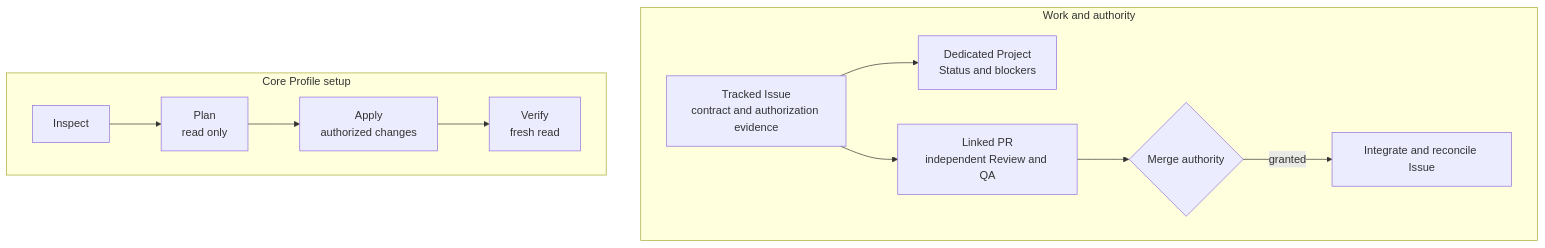
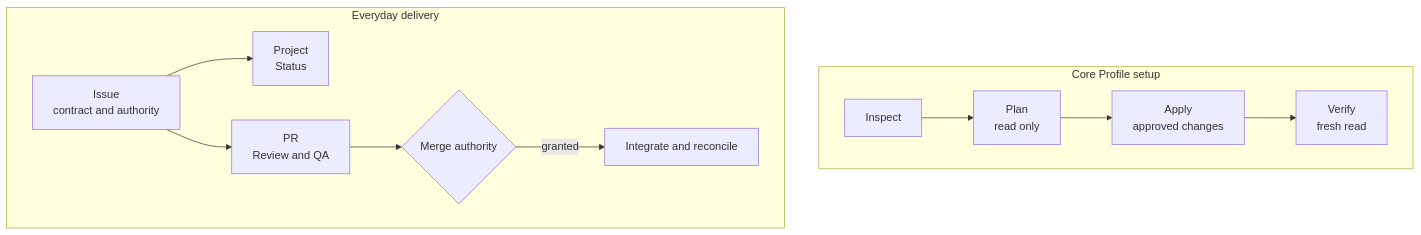
The diagram in README.md (monancho/github-workflow), drawn with Mermaid before and after one commit. The commit also changed other lines of this file and 1 other file, not shown here.

````diff
--- a/README.md
+++ b/README.md
@@ -26,14 +82,12 @@
 ```mermaid
 flowchart TB
-  subgraph Work[Work and authority]
-    direction LR
-    Issue["Tracked Issue<br/>contract and authorization evidence"] --> Project["Dedicated Project<br/>Status and blockers"]
-    Issue --> PR["Linked PR<br/>independent Review and QA"]
-    PR --> Merge{"Merge authority"}
-    Merge -->|granted| Reconcile["Integrate and reconcile Issue"]
-  end
   subgraph Setup[Core Profile setup]
     direction LR
-    Inspect --> Plan["Plan<br/>read only"] --> Apply["Apply<br/>authorized changes"] --> Verify["Verify<br/>fresh read"]
+    Inspect --> Plan["Plan<br/>read only"] --> Apply["Apply<br/>approved changes"] --> Verify["Verify<br/>fresh read"]
+  end
+  subgraph Delivery[Everyday delivery]
+    direction LR
+    Issue["Issue<br/>contract and authority"] --> Project["Project<br/>Status"]
+    Issue --> PR["PR<br/>Review and QA"] --> Merge{"Merge authority"} -->|granted| Done["Integrate and reconcile"]
   end
 ```
````
